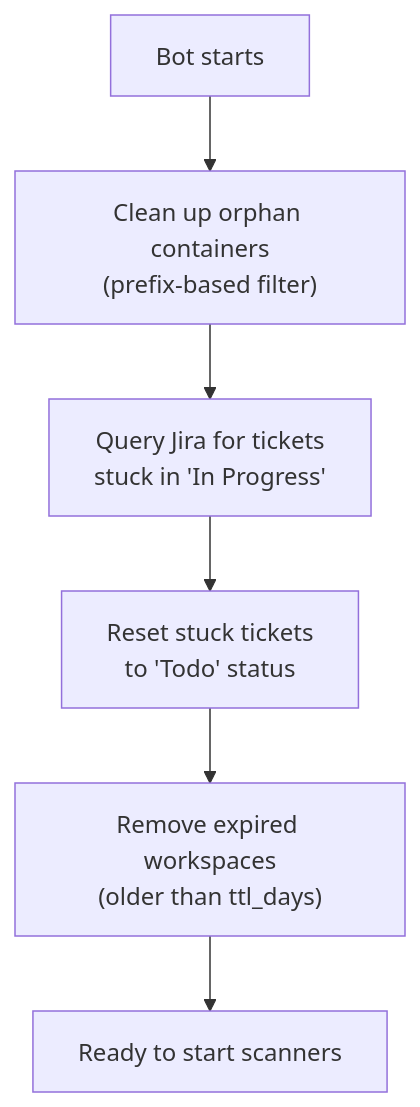
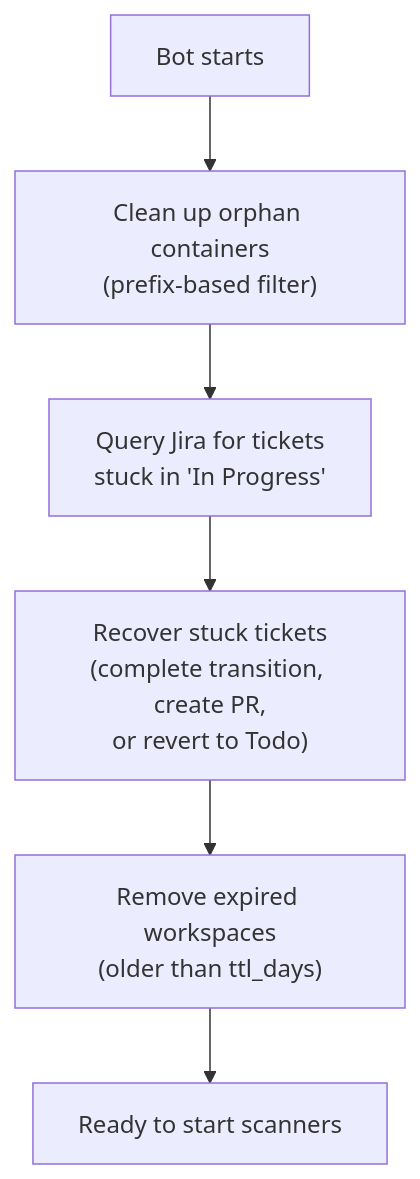
Before and after one commit to flightctl/jira-ai-issue-solver: the tenth of 10 diagrams in docs/architecture.md, drawn with Mermaid. The commit also changed other lines of this file and 2 other files, not shown here.

````diff
--- a/docs/architecture.md
+++ b/docs/architecture.md
@@ -359,8 +359,8 @@
 ```mermaid
 flowchart TB
     Start["Bot starts"] --> Orphans["Clean up orphan containers<br/>(prefix-based filter)"]
     Orphans --> Stuck["Query Jira for tickets<br/>stuck in 'In Progress'"]
-    Stuck --> Reset["Reset stuck tickets<br/>to 'Todo' status"]
+    Stuck --> Reset["Recover stuck tickets<br/>(complete transition, create PR,<br/>or revert to Todo)"]
     Reset --> TTL["Remove expired workspaces<br/>(older than ttl_days)"]
     TTL --> Ready["Ready to start scanners"]
 ```
````
